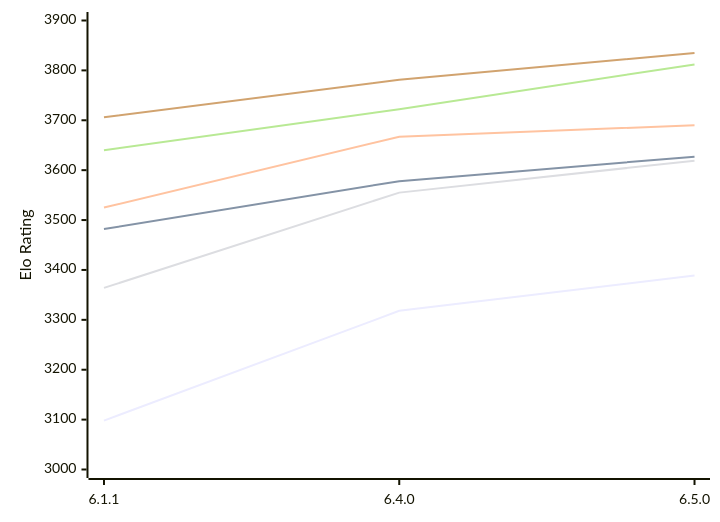
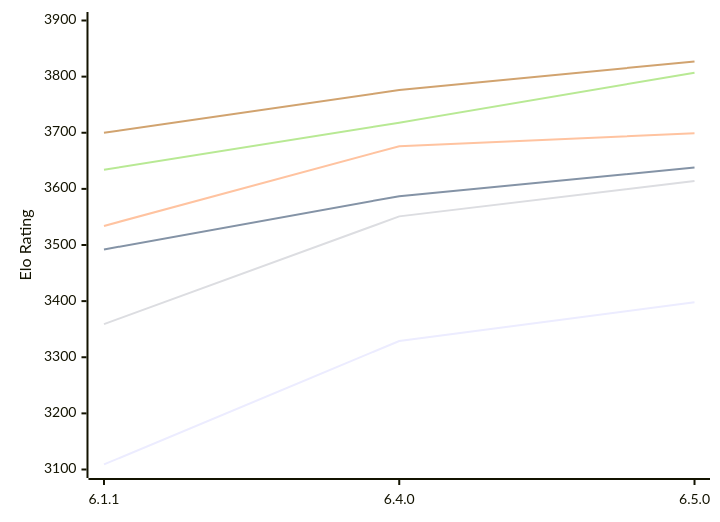
Before and after one commit to computer-chess-index/cci: the first of 2 diagrams in engines/Zigqueen.md, drawn with Mermaid. The commit also changed other lines of this file, not shown here.

Commit message:
Update CCI Ratings (ELO VLTC) - 2026-11-06

````diff
--- a/engines/Zigqueen.md
+++ b/engines/Zigqueen.md
@@ -55,12 +55,12 @@
 ```mermaid
 %%{init: {"theme":"base","themeVariables":{"seriesColors:['#a3a3a3','#222221','#faa371']}}}%%
 xychart-beta
   x-axis ["6.1.1", "6.4.0", "6.5.0"]
-  y-axis "Elo Rating" 3000 --> 3900
-  line "E1: STC (8.0+0.08s)" [3098, 3318, 3389]
-  line "E1: LTC (60.0+0.60s)" [3482, 3578, 3627]
-  line "E1: VLTC (2m24s+1.12s)" [3525, 3667, 3690]
-  line "P1: STC (8.0+0.08s)" [3364, 3555, 3619]
-  line "P1: LTC (60.0+0.60s)" [3640, 3722, 3812]
-  line "P1: VLTC (2m24s+1.12s)" [3706, 3781, 3835]
+  y-axis "Elo Rating" 3100 --> 3900
+  line "E1: STC (8.0+0.08s)" [3109, 3329, 3398]
+  line "E1: LTC (60.0+0.60s)" [3492, 3587, 3638]
+  line "E1: VLTC (2m24s+1.12s)" [3534, 3676, 3699]
+  line "P1: STC (8.0+0.08s)" [3359, 3551, 3614]
+  line "P1: LTC (60.0+0.60s)" [3634, 3718, 3807]
+  line "P1: VLTC (2m24s+1.12s)" [3700, 3776, 3827]
 ```
````
